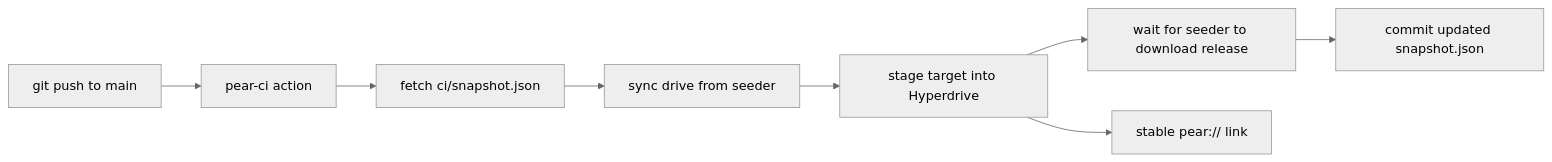
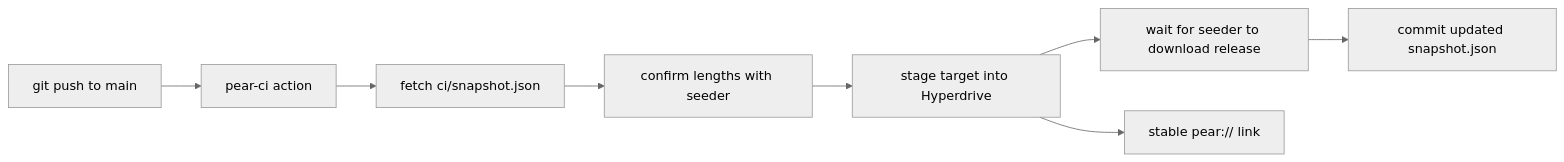
The diagram in content/pear/how-to/operate-an-app/github-actions/publish-with-github-actions.mdx (holepunchto/pear-docs), drawn with Mermaid (neutral theme) before and after one commit. The commit also changed other lines of this file and 4 other files, not shown here.

````diff
--- a/content/pear/how-to/operate-an-app/github-actions/publish-with-github-actions.mdx
+++ b/content/pear/how-to/operate-an-app/github-actions/publish-with-github-actions.mdx
@@ -32,10 +32,10 @@
 ```mermaid skip="diagram"
 flowchart LR
   push["git push to main"] --> action["pear-ci action"]
   action --> snap["fetch ci/snapshot.json"]
-  snap --> pull["sync drive from seeder"]
+  snap --> pull["confirm lengths with seeder"]
   pull --> stage["stage target into Hyperdrive"]
   stage --> sync["wait for seeder to download release"]
   sync --> commit["commit updated snapshot.json"]
   stage --> link["stable pear:// link"]
 ```
````
